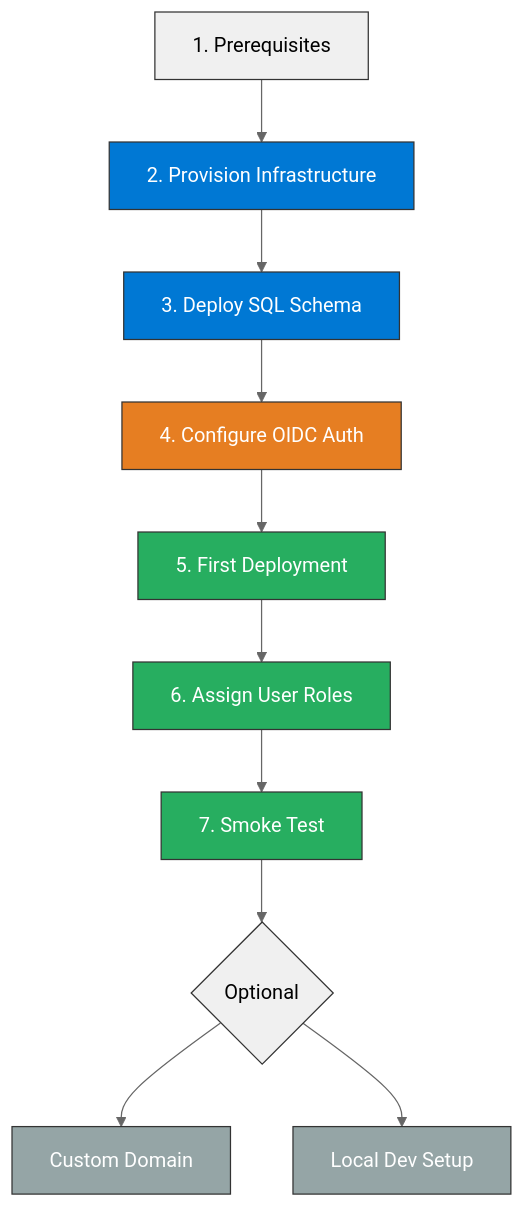
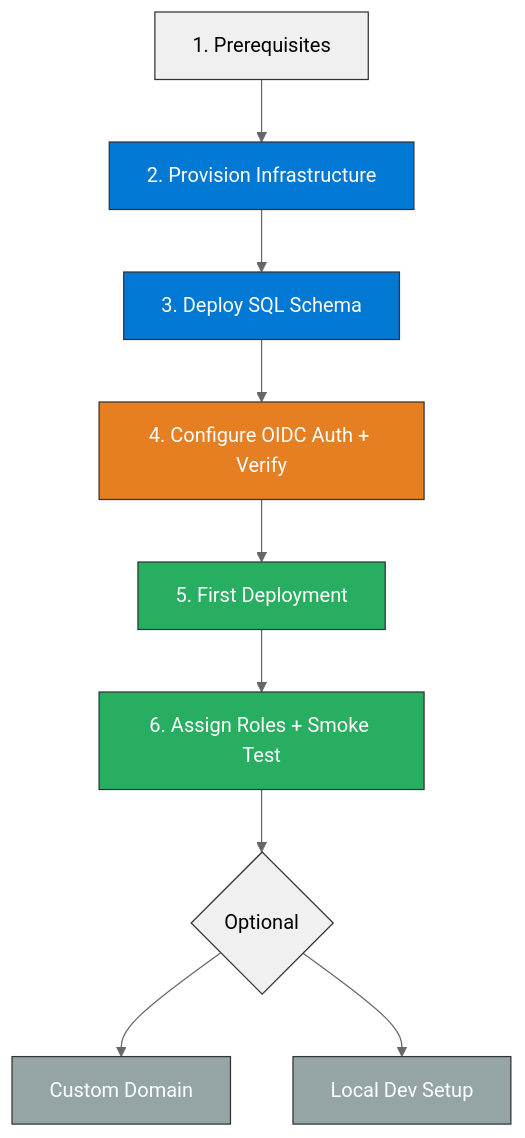
Before and after one commit to jonathan-vella/hacker-board: the first of 3 diagrams in docs/deployment-guide.md, drawn with Mermaid (neutral theme). The commit also changed other lines of this file, not shown here.

Commit message:
fix(docs): update deployment flow and enhance role assignment clarity in deployment guide

````diff
--- a/docs/deployment-guide.md
+++ b/docs/deployment-guide.md
@@ -13,23 +13,21 @@
 ```mermaid
 graph TD
     A[1. Prerequisites] --> B[2. Provision Infrastructure]
     B --> C[3. Deploy SQL Schema]
-    C --> D[4. Configure OIDC Auth]
+    C --> D[4. Configure OIDC Auth + Verify]
     D --> E[5. First Deployment]
-    E --> F[6. Assign User Roles]
-    F --> G[7. Smoke Test]
-    G --> H{Optional}
-    H --> I[Custom Domain]
-    H --> J[Local Dev Setup]
+    E --> F[6. Assign Roles + Smoke Test]
+    F --> G{Optional}
+    G --> H[Custom Domain]
+    G --> I[Local Dev Setup]
 
     style A fill:#f0f0f0,stroke:#333
     style B fill:#0078D4,stroke:#333,color:#fff
     style C fill:#0078D4,stroke:#333,color:#fff
     style D fill:#e67e22,stroke:#333,color:#fff
     style E fill:#27ae60,stroke:#333,color:#fff
     style F fill:#27ae60,stroke:#333,color:#fff
-    style G fill:#27ae60,stroke:#333,color:#fff
-    style H fill:#f0f0f0,stroke:#333
+    style G fill:#f0f0f0,stroke:#333
+    style H fill:#95a5a6,stroke:#333,color:#fff
     style I fill:#95a5a6,stroke:#333,color:#fff
-    style J fill:#95a5a6,stroke:#333,color:#fff
 ```
````
